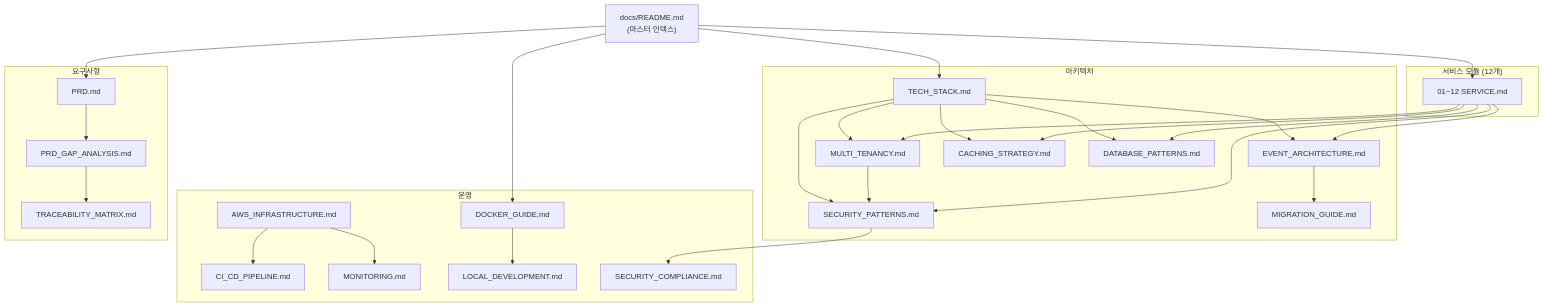
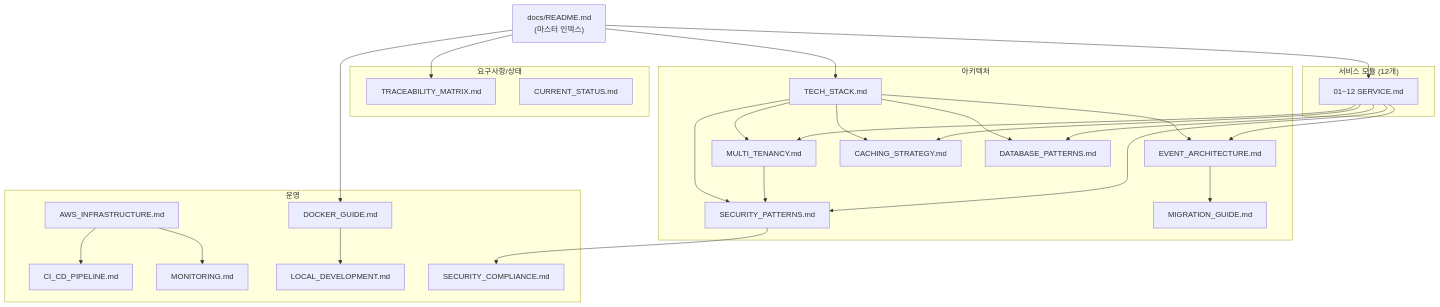
One commit to sunguk0810/hr-platform changed the diagram in docs/README.md. Above: the diagram before and after it, drawn with Mermaid. The commit also changed other lines of this file and 21 other files, not shown here.

````diff
--- a/docs/README.md
+++ b/docs/README.md
@@ -153,45 +137,43 @@
 ```mermaid
 graph TD
     README["docs/README.md<br/>(마스터 인덱스)"]
 
     subgraph "아키텍처"
         TS[TECH_STACK.md]
         MT[MULTI_TENANCY.md]
         SP[SECURITY_PATTERNS.md]
         EA[EVENT_ARCHITECTURE.md]
-        CS[CACHING_STRATEGY.md]
+        CACHE[CACHING_STRATEGY.md]
         DB[DATABASE_PATTERNS.md]
         MG[MIGRATION_GUIDE.md]
     end
 
     subgraph "운영"
         DG[DOCKER_GUIDE.md]
         AWS[AWS_INFRASTRUCTURE.md]
         CI[CI_CD_PIPELINE.md]
         MON[MONITORING.md]
         LD[LOCAL_DEVELOPMENT.md]
         SC[SECURITY_COMPLIANCE.md]
     end
 
-    subgraph "요구사항"
-        PRD[PRD.md]
-        GAP[PRD_GAP_ANALYSIS.md]
+    subgraph "요구사항/상태"
         TM[TRACEABILITY_MATRIX.md]
+        CS[CURRENT_STATUS.md]
     end
 
     subgraph "서비스 모듈 (12개)"
         MOD["01~12 SERVICE.md"]
     end
 
-    README --> TS & DG & PRD & MOD
+    README --> TS & DG & TM & MOD
 
-    TS --> MT & SP & EA & CS & DB
+    TS --> MT & SP & EA & CACHE & DB
     MT --> SP
     SP --> SC
     EA --> MG
     DG --> LD
     AWS --> CI & MON
-    PRD --> GAP --> TM
 
-    MOD --> MT & SP & CS & DB & EA
+    MOD --> MT & SP & CACHE & DB & EA
 ```
````
